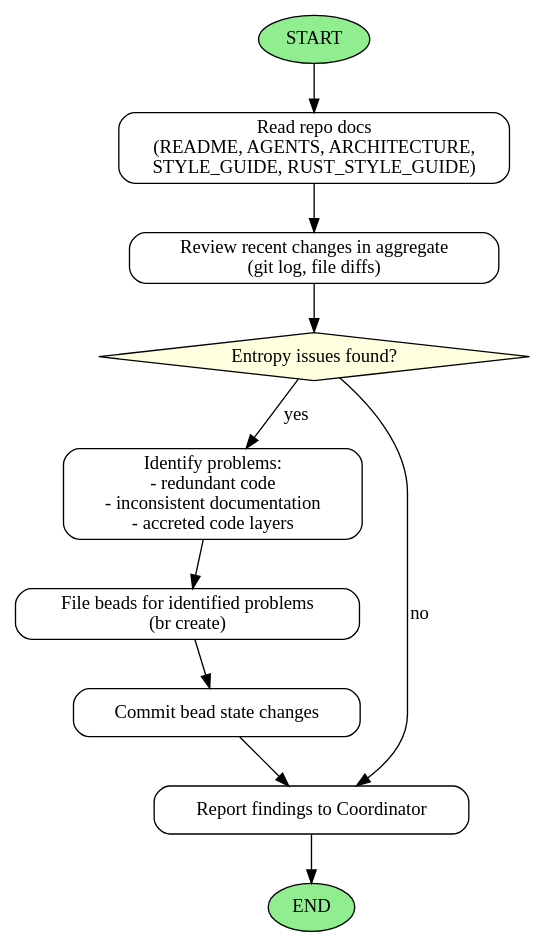
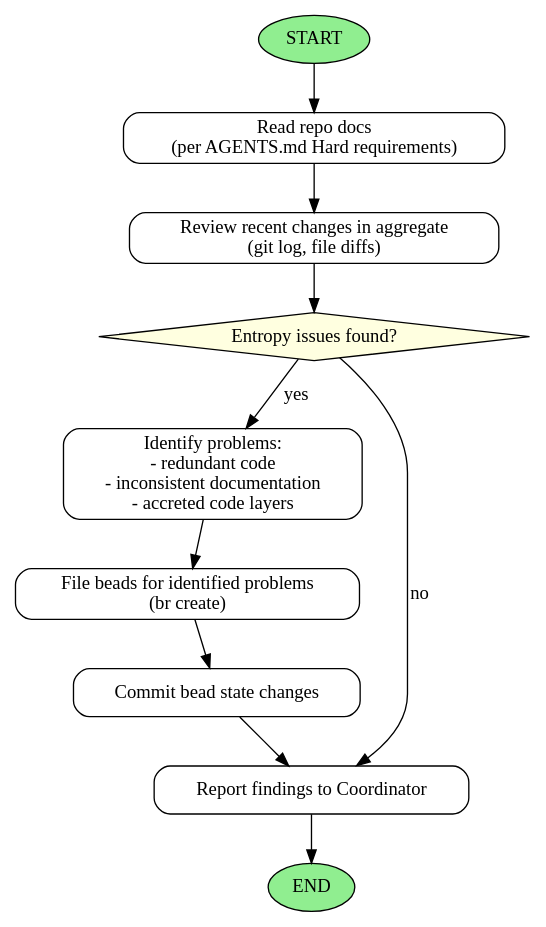
The diagram in .claude/agents/tidy.md (imbue-ai/offload), drawn with Graphviz before and after one commit. The commit also changed other lines of this file and 17 other files, not shown here.

````diff
--- a/.claude/agents/tidy.md
+++ b/.claude/agents/tidy.md
@@ -50,21 +50,21 @@
 ```dot
 digraph TidyAgentWorkflow {
   rankdir=TB;
   node [shape=box, style=rounded];
 
   START [shape=ellipse, style=filled, fillcolor=lightgreen];
-  READ_DOCS [label="Read repo docs\n(README, AGENTS, ARCHITECTURE,\nSTYLE_GUIDE, RUST_STYLE_GUIDE)"];
+  READ_DOCS [label="Read repo docs\n(per AGENTS.md Hard requirements)"];
   REVIEW_CHANGES [label="Review recent changes in aggregate\n(git log, file diffs)"];
   CHECK_ENTROPY [shape=diamond, style=filled, fillcolor=lightyellow, label="Entropy issues found?"];
   IDENTIFY_PROBLEMS [label="Identify problems:\n- redundant code\n- inconsistent documentation\n- accreted code layers"];
   FILE_BEADS [label="File beads for identified problems\n(br create)"];
   COMMIT_BEADS [label="Commit bead state changes"];
   REPORT [label="Report findings to Coordinator"];
   END [shape=ellipse, style=filled, fillcolor=lightgreen];
 
   START -> READ_DOCS -> REVIEW_CHANGES -> CHECK_ENTROPY;
   CHECK_ENTROPY -> IDENTIFY_PROBLEMS [label="yes"];
   IDENTIFY_PROBLEMS -> FILE_BEADS -> COMMIT_BEADS -> REPORT -> END;
   CHECK_ENTROPY -> REPORT [label="no"];
 }
 ```
````
